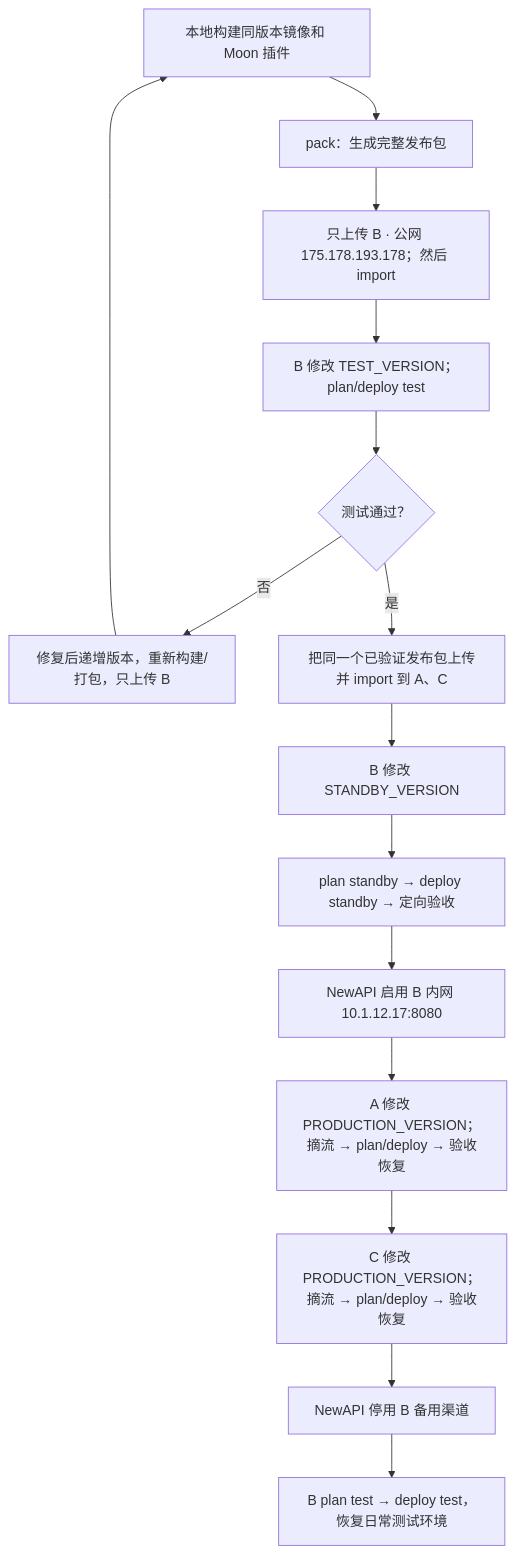
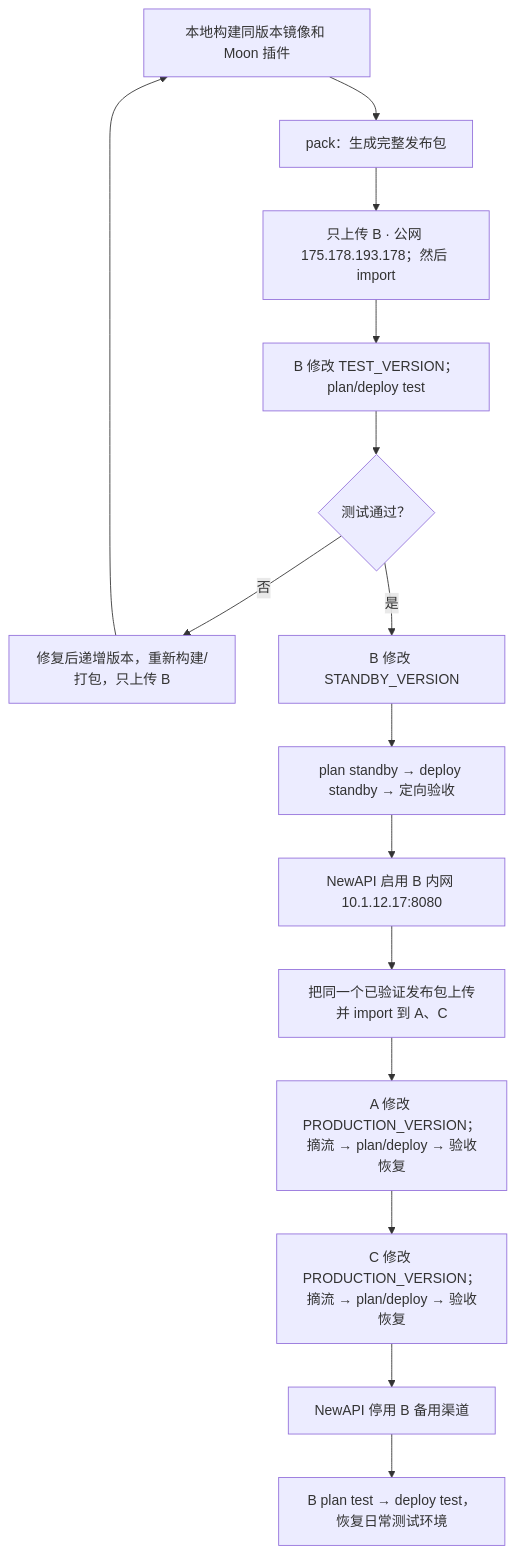
Before and after one commit to 599yongyang/bifrost: the diagram in docs/deployment/BIFROST-DEPLOY.md, drawn with Mermaid. The commit also changed other lines of this file and 5 other files, not shown here.

````diff
--- a/docs/deployment/BIFROST-DEPLOY.md
+++ b/docs/deployment/BIFROST-DEPLOY.md
@@ -18,17 +18,17 @@
 ```mermaid
 flowchart TD
     A["本地构建同版本镜像和 Moon 插件"] --> B["pack：生成完整发布包"]
     B --> C["只上传 B · 公网 175.178.193.178；然后 import"]
     C --> D["B 修改 TEST_VERSION；plan/deploy test"]
     D --> E{"测试通过？"}
     E -->|否| X["修复后递增版本，重新构建/打包，只上传 B"]
     X --> A
-    E -->|是| P["把同一个已验证发布包上传并 import 到 A、C"]
-    P --> F["B 修改 STANDBY_VERSION"]
+    E -->|是| F["B 修改 STANDBY_VERSION"]
     F --> G["plan standby → deploy standby → 定向验收"]
     G --> H["NewAPI 启用 B 内网 10.1.12.17:8080"]
-    H --> I["A 修改 PRODUCTION_VERSION；摘流 → plan/deploy → 验收恢复"]
+    H --> P["把同一个已验证发布包上传并 import 到 A、C"]
+    P --> I["A 修改 PRODUCTION_VERSION；摘流 → plan/deploy → 验收恢复"]
     I --> J["C 修改 PRODUCTION_VERSION；摘流 → plan/deploy → 验收恢复"]
     J --> K["NewAPI 停用 B 备用渠道"]
     K --> L["B plan test → deploy test，恢复日常测试环境"]
 ```
````
